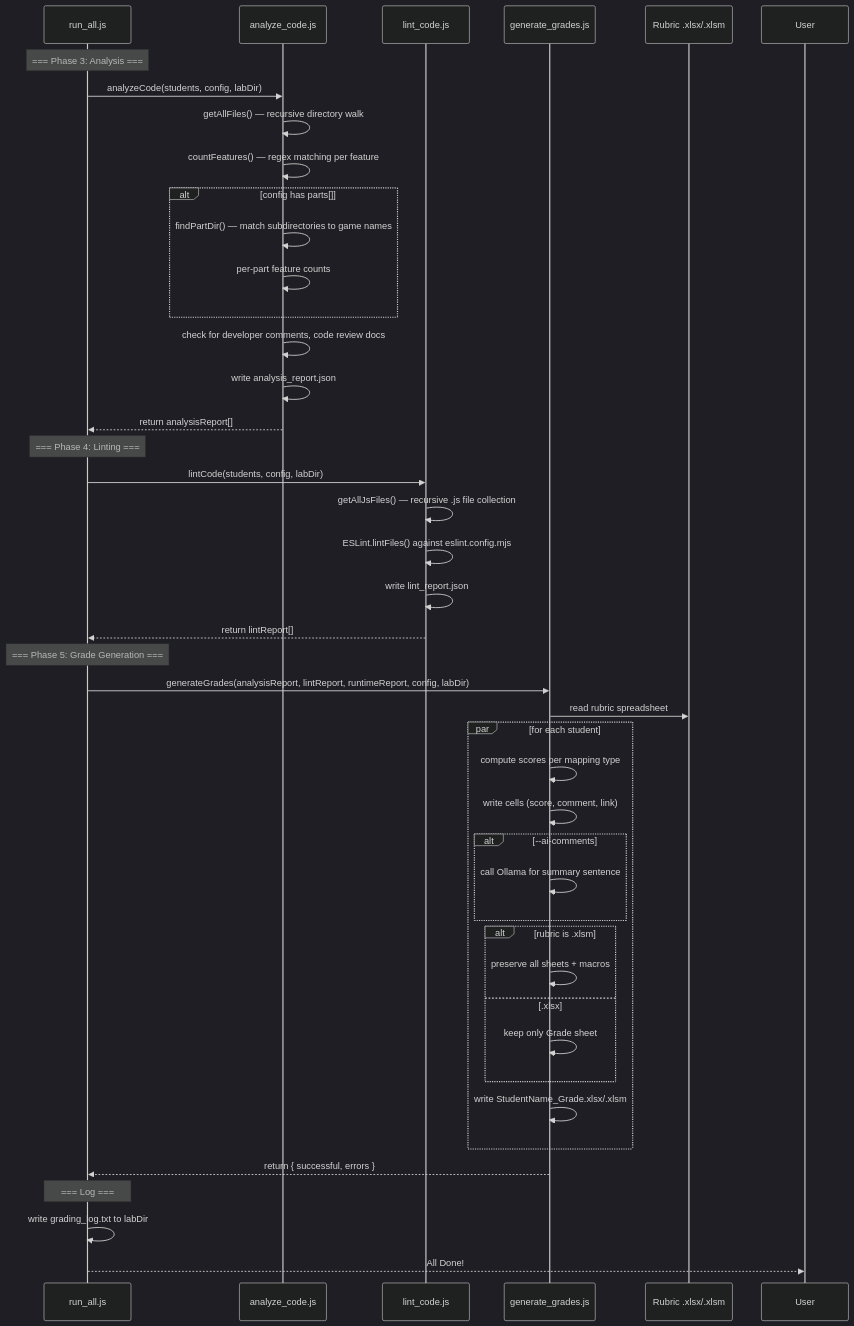
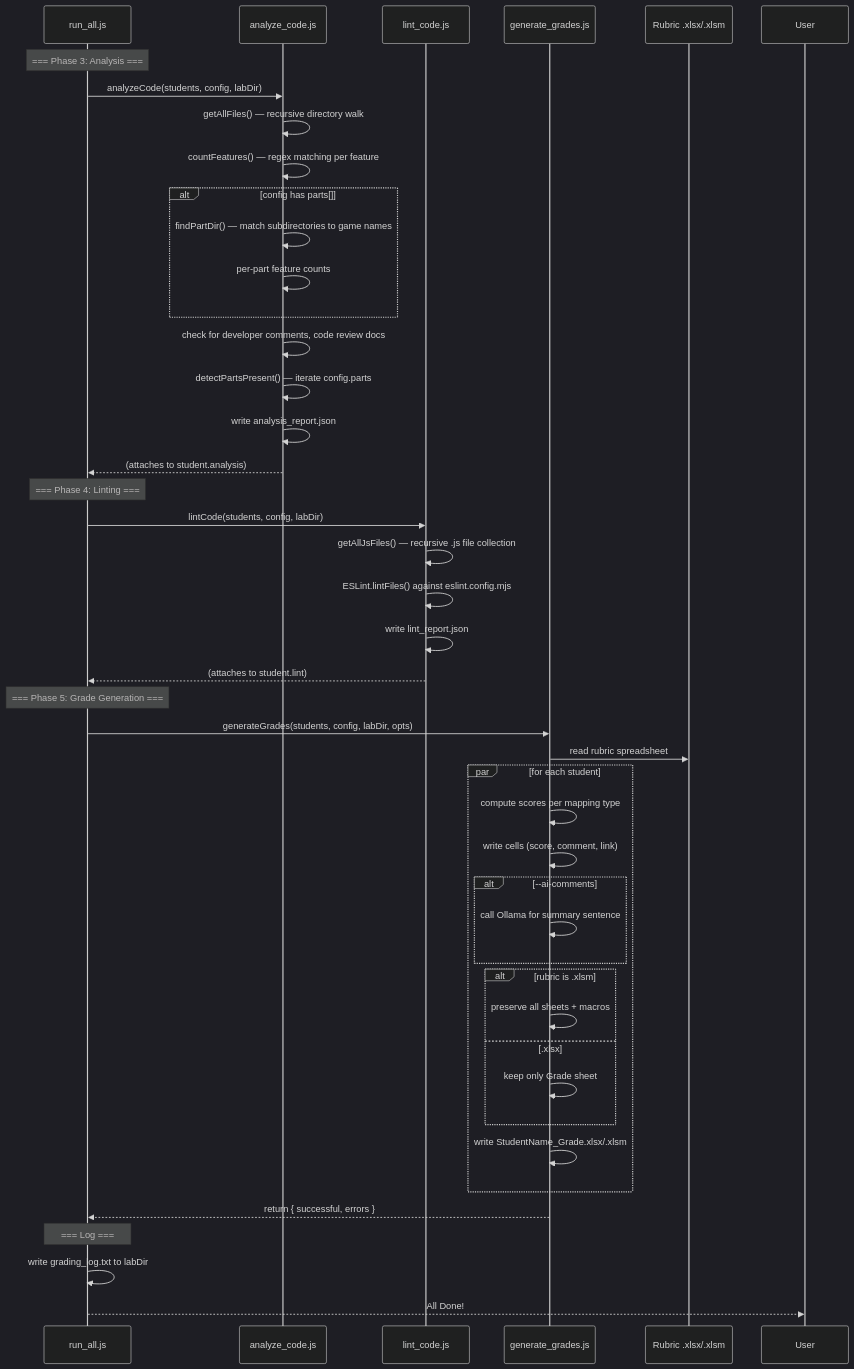
The fourth of 5 diagrams in DEVELOPER_GUIDE.md (ProfBird/CS233JS-AI_Grading), drawn with Mermaid (dark theme) before and after one commit. The commit also changed other lines of this file and 17 other files, not shown here.

````diff
--- a/DEVELOPER_GUIDE.md
+++ b/DEVELOPER_GUIDE.md
@@ -160,49 +152,50 @@
 ```mermaid
 sequenceDiagram
     participant run_all as run_all.js
     participant analyze as analyze_code.js
     participant lint as lint_code.js
     participant grades as generate_grades.js
     participant xlsx as Rubric .xlsx/.xlsm
 
     Note over run_all: === Phase 3: Analysis ===
     run_all->>analyze: analyzeCode(students, config, labDir)
     analyze->>analyze: getAllFiles() — recursive directory walk
     analyze->>analyze: countFeatures() — regex matching per feature
     alt config has parts[]
         analyze->>analyze: findPartDir() — match subdirectories to game names
         analyze->>analyze: per-part feature counts
     end
     analyze->>analyze: check for developer comments, code review docs
+    analyze->>analyze: detectPartsPresent() — iterate config.parts
     analyze->>analyze: write analysis_report.json
-    analyze-->>run_all: return analysisReport[]
+    analyze-->>run_all: (attaches to student.analysis)
 
     Note over run_all: === Phase 4: Linting ===
     run_all->>lint: lintCode(students, config, labDir)
     lint->>lint: getAllJsFiles() — recursive .js file collection
     lint->>lint: ESLint.lintFiles() against eslint.config.mjs
     lint->>lint: write lint_report.json
-    lint-->>run_all: return lintReport[]
+    lint-->>run_all: (attaches to student.lint)
 
     Note over run_all: === Phase 5: Grade Generation ===
-    run_all->>grades: generateGrades(analysisReport, lintReport, runtimeReport, config, labDir)
+    run_all->>grades: generateGrades(students, config, labDir, opts)
     grades->>xlsx: read rubric spreadsheet
     par for each student
         grades->>grades: compute scores per mapping type
         grades->>grades: write cells (score, comment, link)
         alt --ai-comments
             grades->>grades: call Ollama for summary sentence
         end
         alt rubric is .xlsm
             grades->>grades: preserve all sheets + macros
         else .xlsx
             grades->>grades: keep only Grade sheet
         end
         grades->>grades: write StudentName_Grade.xlsx/.xlsm
     end
     grades-->>run_all: return { successful, errors }
 
     Note over run_all: === Log ===
     run_all->>run_all: write grading_log.txt to labDir
     run_all-->>User: All Done!
 ```
````
